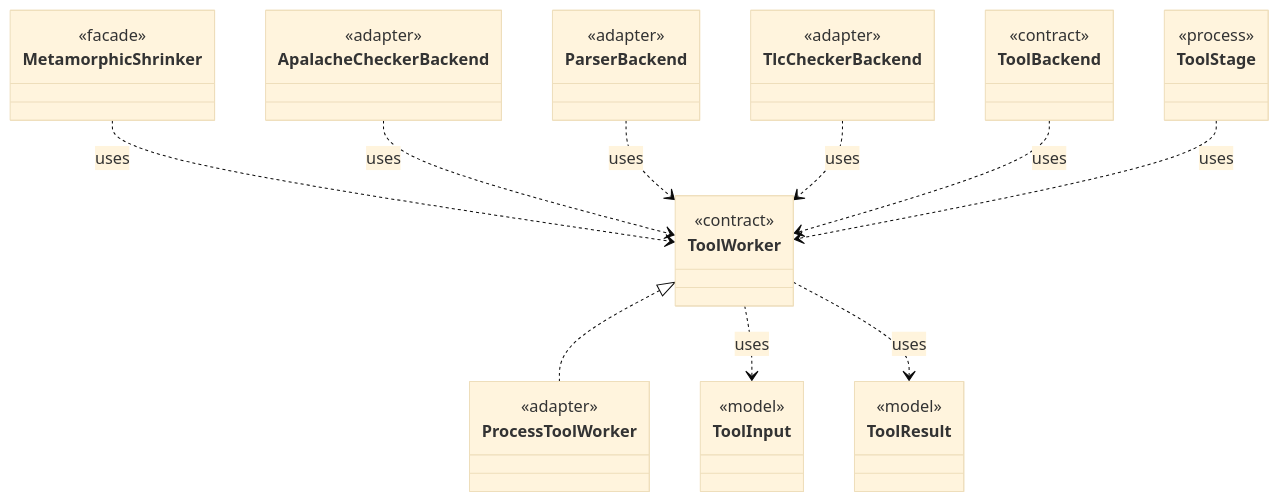
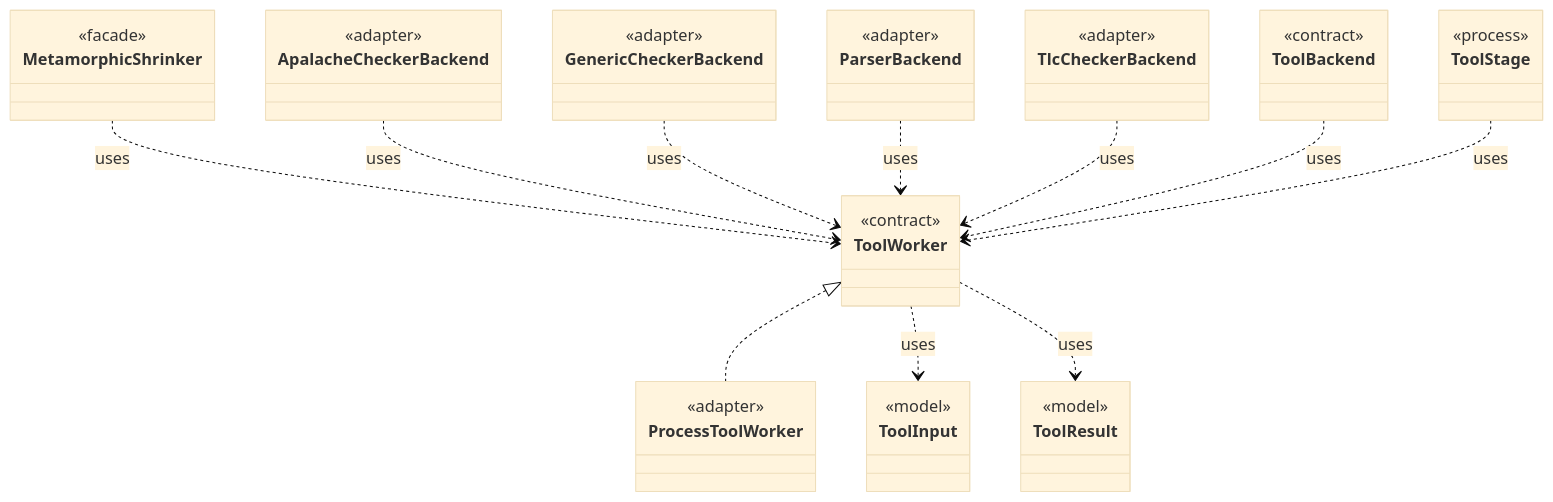
Before and after one commit to tlaplus/model-checker-hardening: the diagram in dev/types/io.github.tlaplus.hardening.workflow.tool.ToolWorker.md, drawn with Mermaid (base theme). The commit also changed other lines of this file and 422 other files, not shown here.

````diff
--- a/dev/types/io.github.tlaplus.hardening.workflow.tool.ToolWorker.md
+++ b/dev/types/io.github.tlaplus.hardening.workflow.tool.ToolWorker.md
@@ -7,42 +7,46 @@
 ```mermaid
 classDiagram
   class ToolWorker {
     <<contract>>
   }
   class ProcessToolWorker {
     <<adapter>>
   }
   class ToolInput {
     <<model>>
   }
   class ToolResult {
     <<model>>
   }
   class MetamorphicShrinker {
     <<facade>>
   }
   class ApalacheCheckerBackend {
     <<adapter>>
   }
+  class GenericCheckerBackend {
+    <<adapter>>
+  }
   class ParserBackend {
     <<adapter>>
   }
   class TlcCheckerBackend {
     <<adapter>>
   }
   class ToolBackend {
     <<contract>>
   }
   class ToolStage {
     <<process>>
   }
   ToolWorker <|.. ProcessToolWorker
   ToolWorker ..> ToolInput : uses
   ToolWorker ..> ToolResult : uses
   MetamorphicShrinker ..> ToolWorker : uses
   ApalacheCheckerBackend ..> ToolWorker : uses
+  GenericCheckerBackend ..> ToolWorker : uses
   ParserBackend ..> ToolWorker : uses
   TlcCheckerBackend ..> ToolWorker : uses
   ToolBackend ..> ToolWorker : uses
   ToolStage ..> ToolWorker : uses
 ```
````
